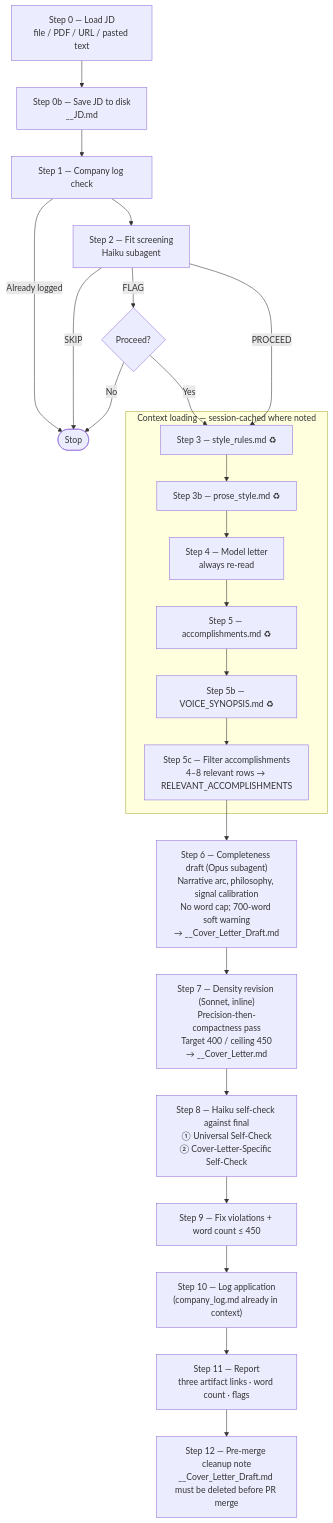
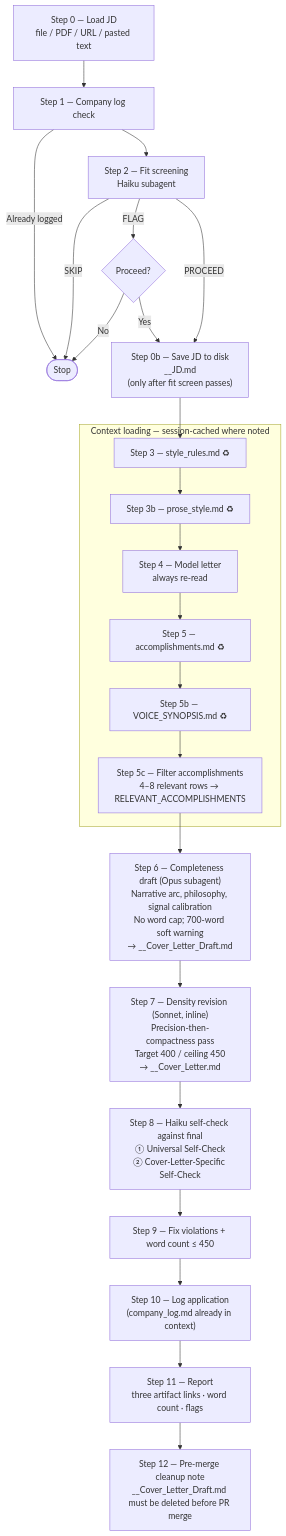
Before and after one commit to brownm09/dev-env: the diagram in claude/skills/cover-letter/WORKFLOW.md, drawn with Mermaid. The commit also changed other lines of this file and 2 other files, not shown here.

Commit message:
fix: address review findings on PR #158
- Move Step 0b after Step 2 (fit screening). Auto-skipped JDs are no longer
  saved; the user is no longer prompted for slug confirmation on roles that
  immediately auto-skip. Roles Skipped log entry plus $ARGUMENTS history is
  sufficient reference for skipped roles. Step 0b now only runs on PROCEED
  or FLAG-with-user-override.
- SKILL.md Step 1: stale "Step 11 will reuse it" reference corrected to
  "Step 10" (the company log update step after renumbering).
- SKILL.md Step 0b: add stale-JD handling — compare existing file's
  <!-- source: --> comment to current source string and surface a one-line
  note when they differ rather than skipping silently.
- WORKFLOW.md: mermaid updated to reflect Step 0b moved after S2; token
  table replaces "inline" with ~1,400 token estimate for density pass so
  end-to-end cost is legible.
- REFERENCE.md: workflow ordering matches; "both drafts" → "all three
  artifacts (JD, completeness draft, density revision)".

````diff
--- a/claude/skills/cover-letter/WORKFLOW.md
+++ b/claude/skills/cover-letter/WORKFLOW.md
@@ -5,33 +5,34 @@
 ```mermaid
 flowchart TD
     S0["Step 0 — Load JD\nfile / PDF / URL / pasted text"]
-    S0 --> S0B["Step 0b — Save JD to disk\n__JD.md"]
-    S0B --> S1["Step 1 — Company log check"]
+    S0 --> S1["Step 1 — Company log check"]
     S1 -->|"Already logged"| STOP(["Stop"])
     S1 --> S2
 
     S2["Step 2 — Fit screening\nHaiku subagent"]
     S2 -->|"SKIP"| STOP
     S2 -->|"FLAG"| FLAG{"Proceed?"}
     FLAG -->|"No"| STOP
-    FLAG -->|"Yes"| CTX_START
-    S2 -->|"PROCEED"| CTX_START
+    FLAG -->|"Yes"| S0B
+    S2 -->|"PROCEED"| S0B
+    S0B["Step 0b — Save JD to disk\n__JD.md\n(only after fit screen passes)"]
+    S0B --> CTX_START
 
     subgraph CTX ["Context loading — session-cached where noted"]
         CTX_START["Step 3 — style_rules.md ♻"]
         CTX_START --> CTX_3B["Step 3b — prose_style.md ♻"]
         CTX_3B --> CTX_4["Step 4 — Model letter\nalways re-read"]
         CTX_4 --> CTX_5["Step 5 — accomplishments.md ♻"]
         CTX_5 --> CTX_5B["Step 5b — VOICE_SYNOPSIS.md ♻"]
         CTX_5B --> S5C["Step 5c — Filter accomplishments\n4–8 relevant rows → RELEVANT_ACCOMPLISHMENTS"]
     end
 
     S5C --> S6["Step 6 — Completeness draft (Opus subagent)\nNarrative arc, philosophy, signal calibration\nNo word cap; 700-word soft warning\n→ __Cover_Letter_Draft.md"]
     S6 --> S7["Step 7 — Density revision (Sonnet, inline)\nPrecision-then-compactness pass\nTarget 400 / ceiling 450\n→ __Cover_Letter.md"]
 
     S7 --> S8["Step 8 — Haiku self-check against final\n① Universal Self-Check\n② Cover-Letter-Specific Self-Check"]
     S8 --> S9["Step 9 — Fix violations + word count ≤ 450"]
     S9 --> S10["Step 10 — Log application\n(company_log.md already in context)"]
     S10 --> S11["Step 11 — Report\nthree artifact links · word count · flags"]
     S11 --> S12["Step 12 — Pre-merge cleanup note\n__Cover_Letter_Draft.md must be deleted before PR merge"]
 ```
````
